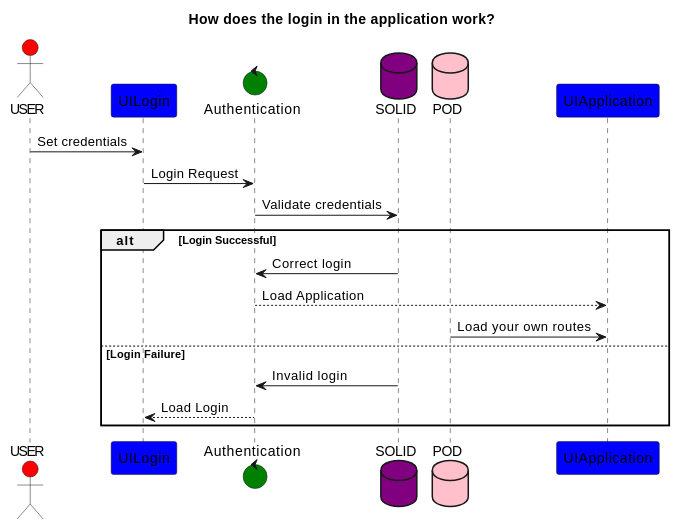
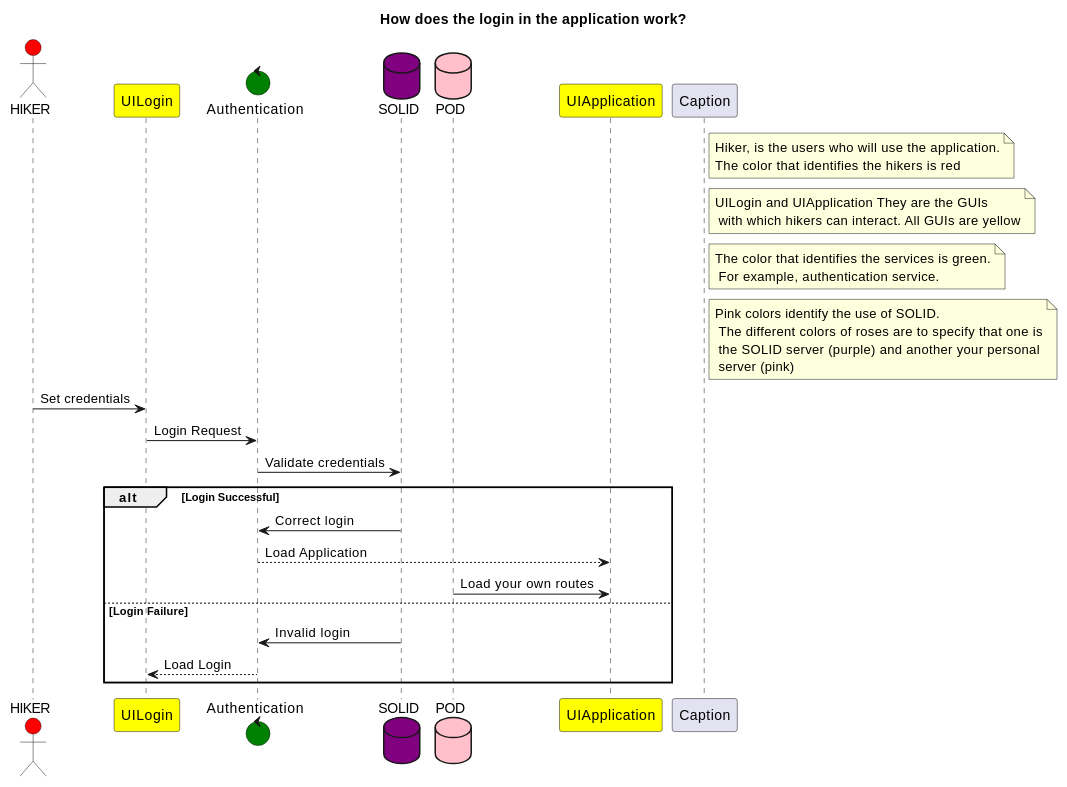
One commit to Arquisoft/viade_es1b changed the first of 2 diagrams in src/docs/06_runtime_view.adoc. Above: the diagram before and after it, drawn with PlantUML. The commit also changed other lines of this file, not shown here.

Commit message:
Solucion a los diagramas de secuencia del Punto 6. Runtime view. Modificado colores y añadido una leyenda

```diff
--- a/src/docs/06_runtime_view.adoc
+++ b/src/docs/06_runtime_view.adoc
@@ -16,28 +16,36 @@
 [plantuml,"Initial diagram",png]
 ----
 title How does the login in the application work?
 
-actor USER #red
-participant UILogin #blue
+actor HIKER #red
+participant UILogin #yellow
 control Authentication #green
 database SOLID #purple
 database POD #pink
-participant UIApplication #blue
+participant UIApplication #yellow
+participant Caption
 
-USER -> UILogin: Set credentials
+
+note right of Caption: Hiker, is the users who will use the application.\nThe color that identifies the hikers is red
+note right of Caption:UILogin and UIApplication They are the GUIs\n with which hikers can interact. All GUIs are yellow
+note right of Caption: The color that identifies the services is green.\n For example, authentication service.
+note right of Caption: Pink colors identify the use of SOLID.\n The different colors of roses are to specify that one is\n the SOLID server (purple) and another your personal\n server (pink)
+
+HIKER -> UILogin: Set credentials
 UILogin -> Authentication: Login Request
 Authentication -> SOLID: Validate credentials
 
 alt Login Successful
 	SOLID -> Authentication: Correct login
 	Authentication --> UIApplication: Load Application
     POD->UIApplication: Load your own routes
 	
 else Login Failure
 	SOLID -> Authentication: Invalid login
 	Authentication --> UILogin: Load Login
 	end
 
 
 
+
 ----
```
